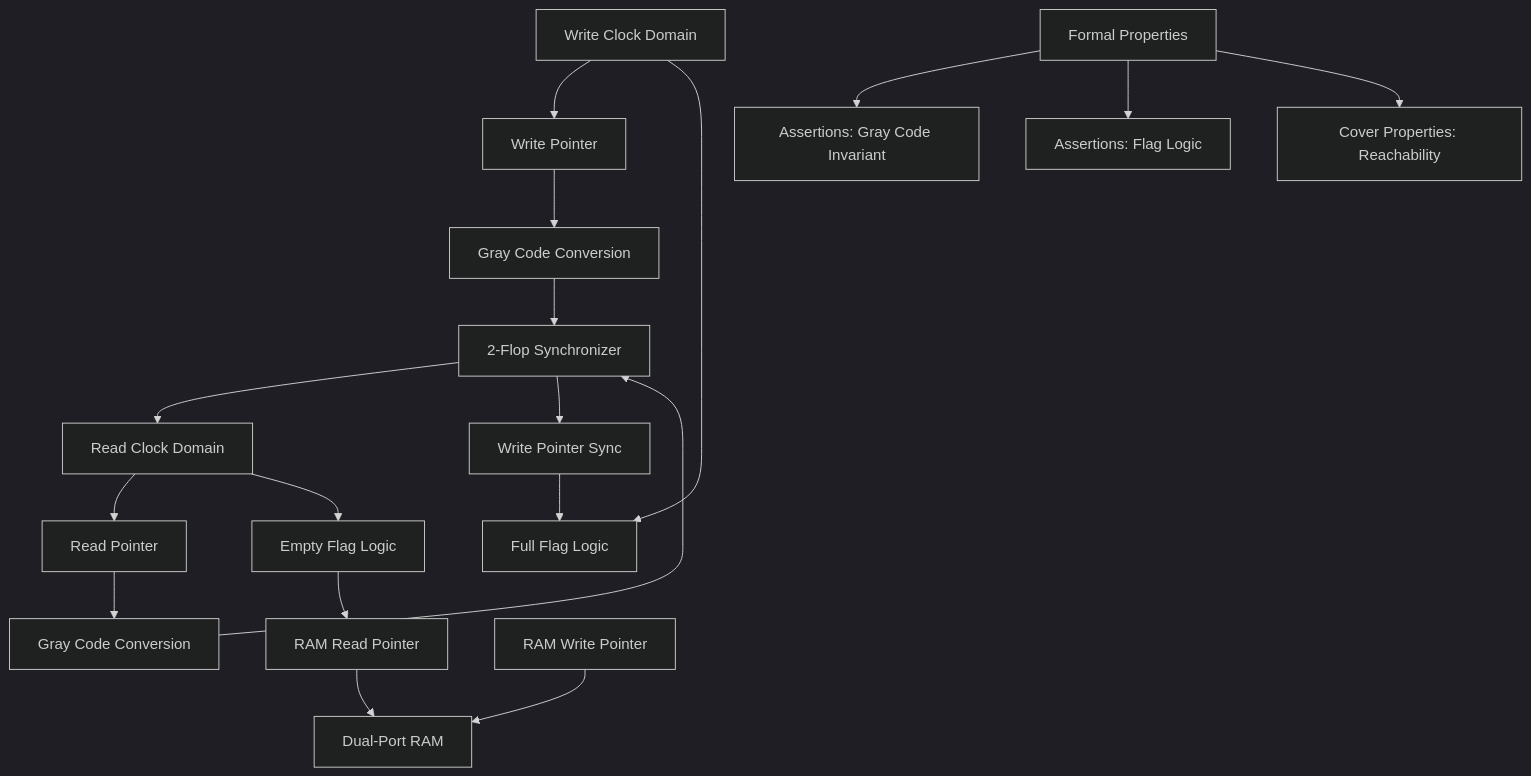
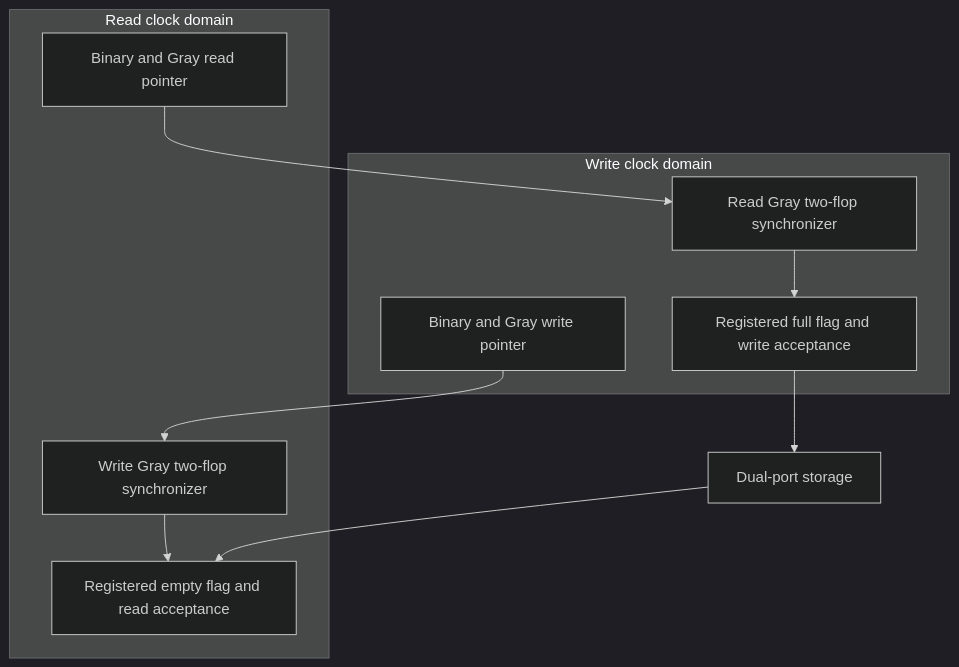
The diagram in README.md (kartik-2311/async-fifo-formal-verification), drawn with Mermaid (dark theme) before and after one commit. The commit also changed other lines of this file and 6721 other files, not shown here.

````diff
--- a/README.md
+++ b/README.md
@@ -13,20 +25,19 @@
 ```mermaid
-graph TD
-    A[Write Clock Domain] --> B[Write Pointer]
-    A --> C[Full Flag Logic]
-    B --> D[Gray Code Conversion]
-    D --> E[2-Flop Synchronizer]
-    E --> F[Read Clock Domain]
-    F --> G[Read Pointer]
-    F --> H[Empty Flag Logic]
-    G --> I[Gray Code Conversion]
-    I --> E
-    E --> J[Write Pointer Sync]
-    J --> C
-    H --> K[RAM Read Pointer]
-    L[RAM Write Pointer] --> M[Dual-Port RAM]
-    K --> M
-    N[Formal Properties] --> O[Assertions: Gray Code Invariant]
-    N --> P[Assertions: Flag Logic]
-    N --> Q[Cover Properties: Reachability]
+flowchart TB
+  subgraph WR[Write clock domain]
+    WB[Binary and Gray write pointer]
+    RS[Read Gray two-flop synchronizer]
+    F[Registered full flag and write acceptance]
+    RS --> F
+  end
+  subgraph RD[Read clock domain]
+    RB[Binary and Gray read pointer]
+    WS[Write Gray two-flop synchronizer]
+    E[Registered empty flag and read acceptance]
+    WS --> E
+  end
+  WB --> WS
+  RB --> RS
+  F --> RAM[Dual-port storage]
+  RAM --> E
 ```
````
